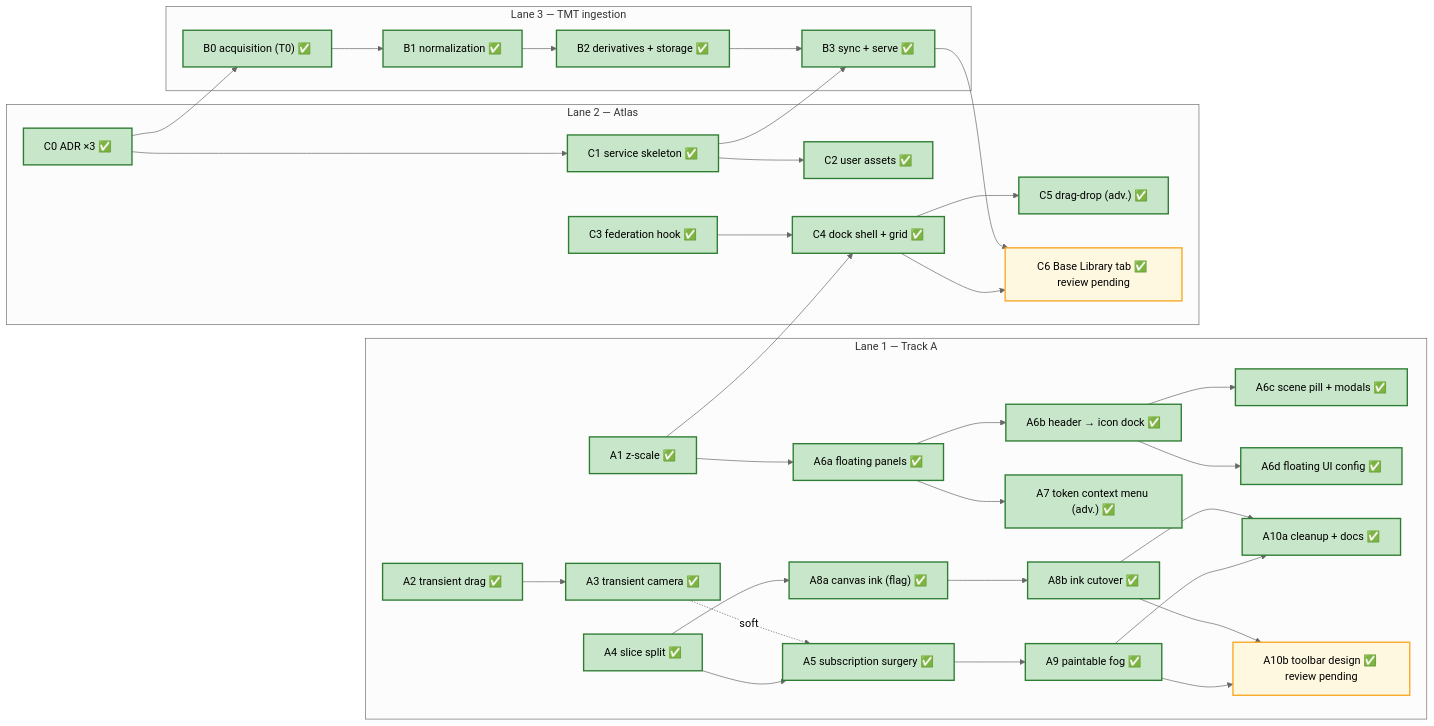
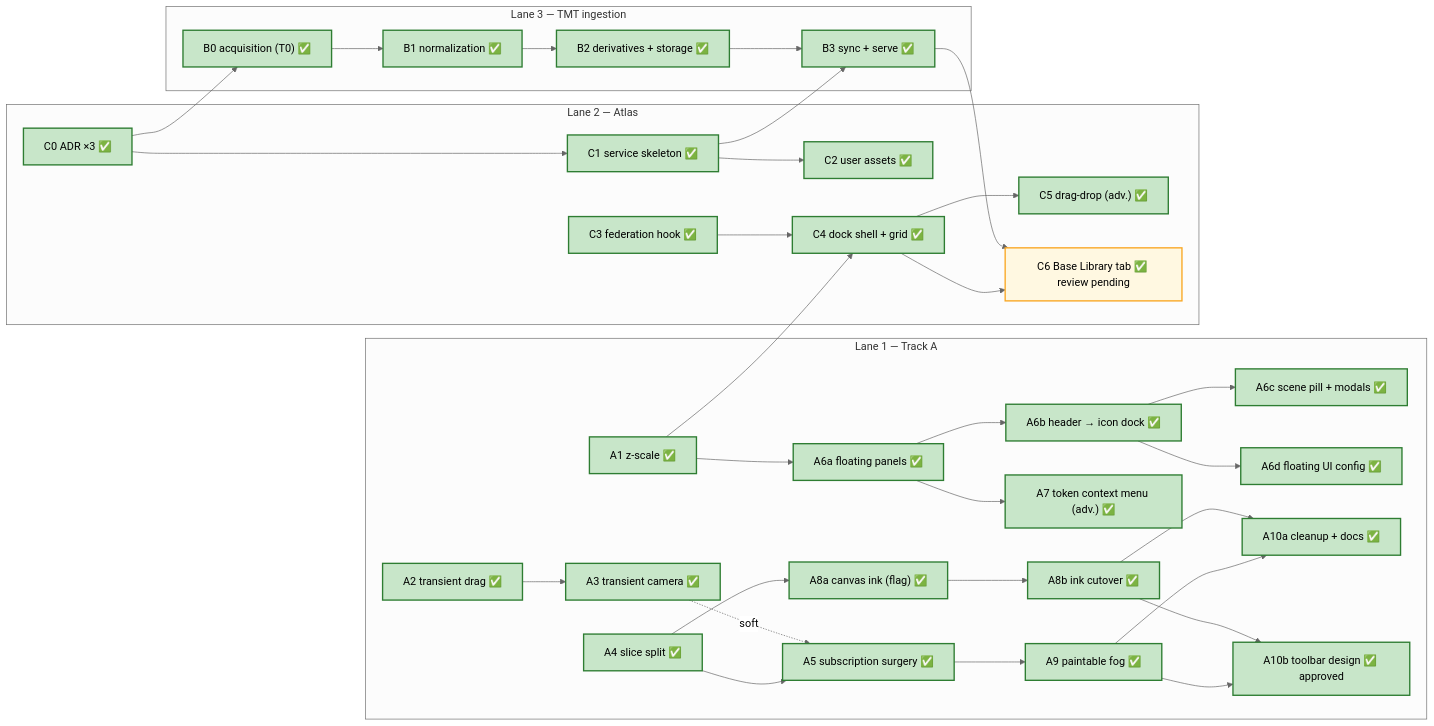
The diagram in docs/roadmap/ROADMAP.md (joelmale/nexusVTT), drawn with Mermaid (neutral theme) before and after one commit. The commit also changed other lines of this file and 1 other file, not shown here.

Commit message:
chore(roadmap): mark A10b approved

````diff
--- a/docs/roadmap/ROADMAP.md
+++ b/docs/roadmap/ROADMAP.md
@@ -46,62 +46,62 @@
 ```mermaid
 flowchart LR
   classDef gate stroke:#e11,stroke-width:3px
   classDef adr fill:#f4e8ff,stroke:#95f
   classDef done fill:#c8e6c9,stroke:#2e7d32,stroke-width:2px
   classDef pending fill:#fff8e1,stroke:#f9a825,stroke-width:2px
   classDef ready fill:#e3f2fd,stroke:#1976d2,stroke-width:2px
 
   subgraph LaneA["Lane 1 — Track A"]
     A1["A1 z-scale ✅"]:::done
     A2["A2 transient drag ✅"]:::done
     A3["A3 transient camera ✅"]:::done
     A4["A4 slice split ✅"]:::done
     A5["A5 subscription surgery ✅"]:::done
     A6a["A6a floating panels ✅"]:::done
     A6b["A6b header → icon dock ✅"]:::done
     A6c["A6c scene pill + modals ✅"]:::done
     A6d["A6d floating UI config ✅"]:::done
     A7["A7 token context menu (adv.) ✅"]:::done
     A8a["A8a canvas ink (flag) ✅"]:::done
     A8b["A8b ink cutover ✅"]:::done
     A9["A9 paintable fog ✅"]:::done
     A10a["A10a cleanup + docs ✅"]:::done
-    A10b["A10b toolbar design ✅ review pending"]:::pending
+    A10b["A10b toolbar design ✅ approved"]:::done
   end
 
   subgraph LaneC["Lane 2 — Atlas"]
     C0["C0 ADR ×3 ✅"]:::done
     C1["C1 service skeleton ✅"]:::done
     C2["C2 user assets ✅"]:::done
     C3["C3 federation hook ✅"]:::done
     C4["C4 dock shell + grid ✅"]:::done
     C5["C5 drag-drop (adv.) ✅"]:::done
     C6["C6 Base Library tab ✅ review pending"]:::pending
   end
 
   subgraph LaneB["Lane 3 — TMT ingestion"]
     B0["B0 acquisition (T0) ✅"]:::done
     B1["B1 normalization ✅"]:::done
     B2["B2 derivatives + storage ✅"]:::done
     B3["B3 sync + serve ✅"]:::done
   end
 
   A2 --> A3
   A3 -.soft.-> A5
   A4 --> A5
   A1 --> A6a --> A6b --> A6c
   A6b --> A6d
   A6a --> A7
   A4 --> A8a --> A8b
   A5 --> A9
   A8b & A9 --> A10a
   A8b & A9 --> A10b
 
   C0 --> C1 --> C2
   C0 --> B0 --> B1 --> B2 --> B3
   C1 --> B3
   C3 --> C4 --> C5
   A1 --> C4
   B3 --> C6
   C4 --> C6
 ```
````
